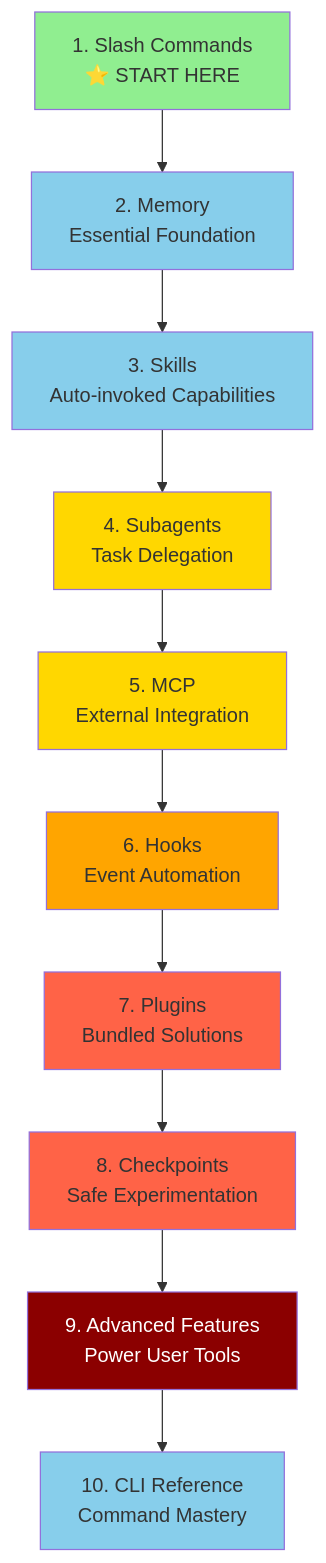
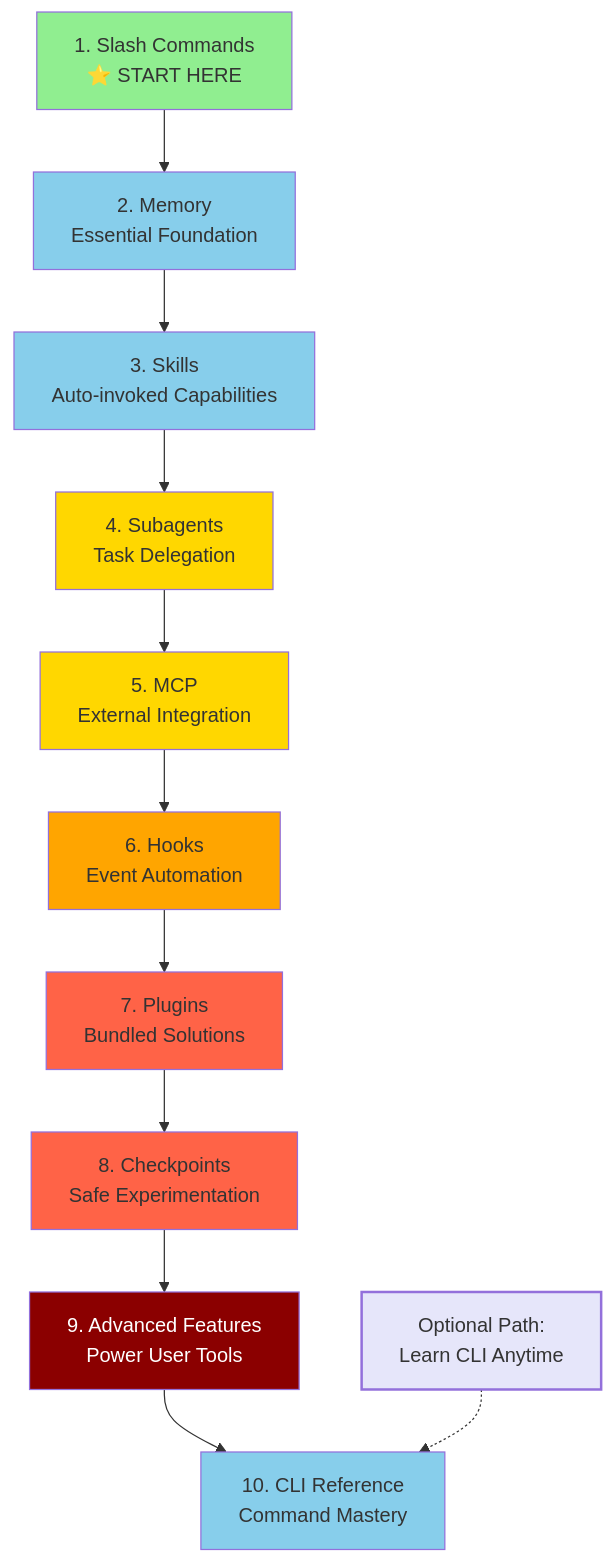
One commit to omnimasudo/croft-howto changed the diagram in LEARNING-ROADMAP.md. Above: the diagram before and after it, drawn with Mermaid. The commit also changed other lines of this file, not shown here.

Commit message:
docs: Update learning roadmap to emphasize CLI Reference (lesson 10) with flexible learning paths

````diff
--- a/LEARNING-ROADMAP.md
+++ b/LEARNING-ROADMAP.md
@@ -23,23 +23,27 @@
 ```mermaid
 graph TD
     A[1. Slash Commands<br/>⭐ START HERE] --> B[2. Memory<br/>Essential Foundation]
     B --> C[3. Skills<br/>Auto-invoked Capabilities]
     C --> D[4. Subagents<br/>Task Delegation]
     D --> E[5. MCP<br/>External Integration]
     E --> F[6. Hooks<br/>Event Automation]
     F --> G[7. Plugins<br/>Bundled Solutions]
     G --> H[8. Checkpoints<br/>Safe Experimentation]
     H --> I[9. Advanced Features<br/>Power User Tools]
     I --> J[10. CLI Reference<br/>Command Mastery]
 
+    K[Optional Path:<br/>Learn CLI Anytime]
+    K -.-> J
+
     style A fill:#90EE90
     style B fill:#87CEEB
     style C fill:#87CEEB
     style D fill:#FFD700
     style E fill:#FFD700
     style F fill:#FFA500
     style G fill:#FF6347
     style H fill:#FF6347
     style I fill:#8B0000,color:#fff
     style J fill:#87CEEB
+    style K fill:#E6E6FA,stroke:#9370DB,stroke-width:2px
 ```
````
